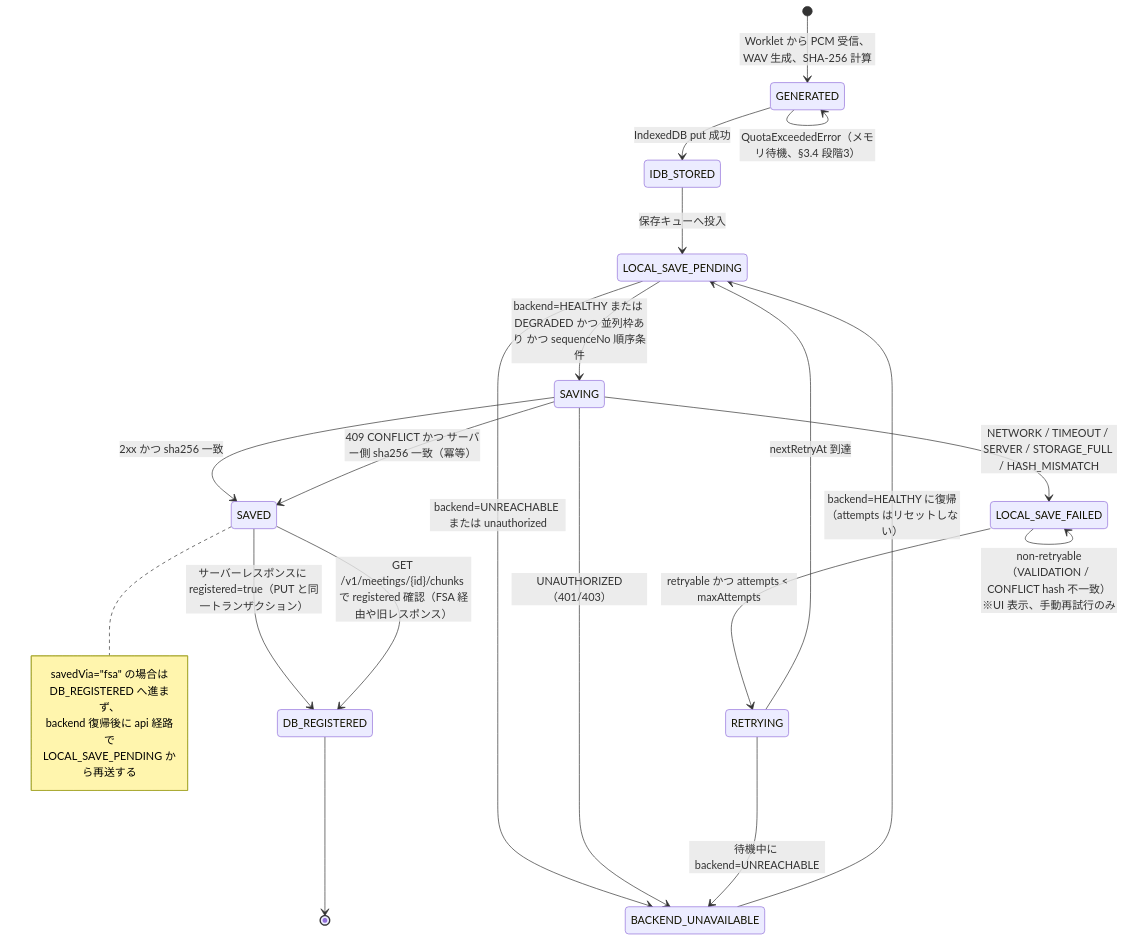
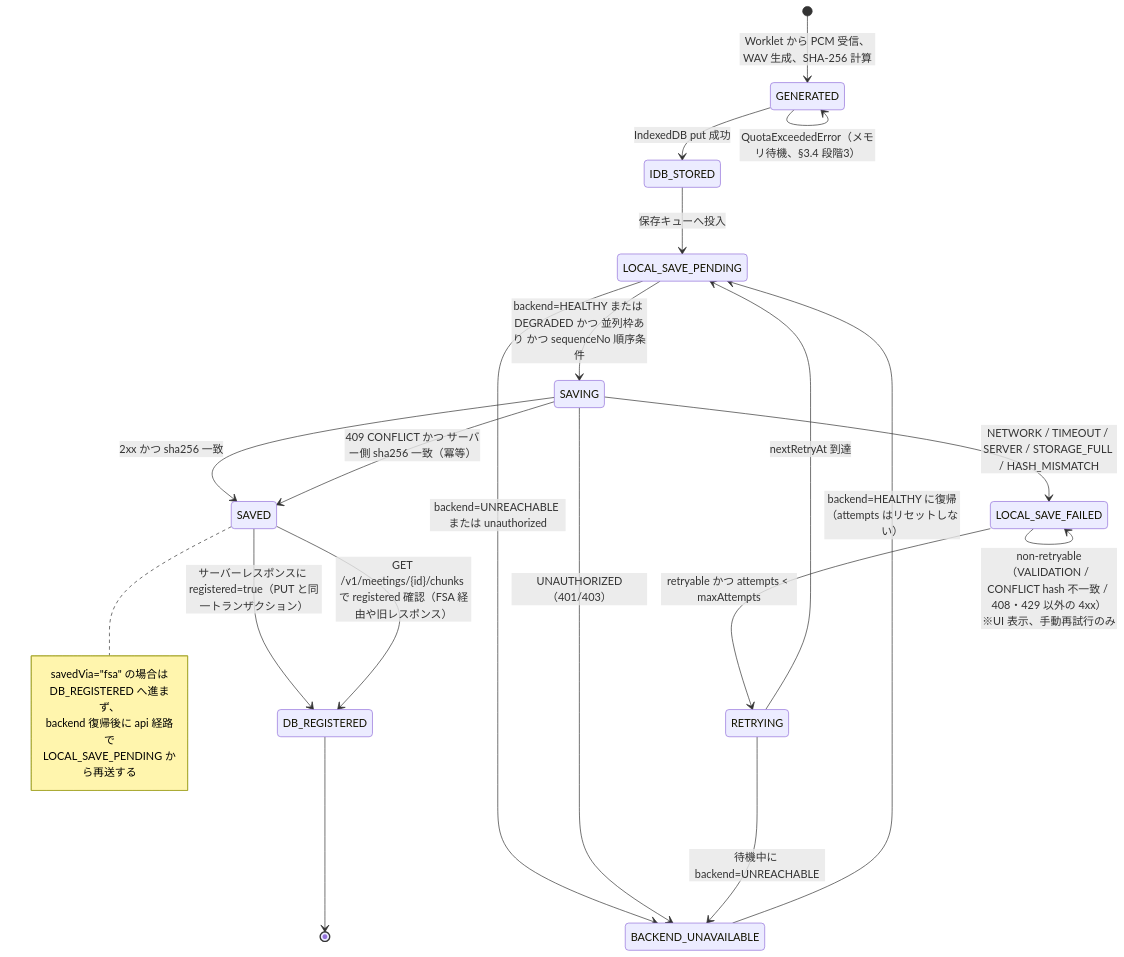
One commit to myoshi2891/Meeting-Minutes-App changed the third of 6 diagrams in design-local-phase1.md. Above: the diagram before and after it, drawn with Mermaid. The commit also changed other lines of this file, not shown here.

First line of the commit message:
docs(phase1): reflect review fixes in save pipeline design

````diff
--- a/design-local-phase1.md
+++ b/design-local-phase1.md
@@ -664,27 +664,27 @@
 ```mermaid
 stateDiagram-v2
     [*] --> GENERATED : Worklet から PCM 受信、WAV 生成、SHA-256 計算
     GENERATED --> IDB_STORED : IndexedDB put 成功
     GENERATED --> GENERATED : QuotaExceededError（メモリ待機、§3.4 段階3）
     IDB_STORED --> LOCAL_SAVE_PENDING : 保存キューへ投入
     LOCAL_SAVE_PENDING --> SAVING : backend=HEALTHY または DEGRADED かつ 並列枠あり かつ sequenceNo 順序条件
     LOCAL_SAVE_PENDING --> BACKEND_UNAVAILABLE : backend=UNREACHABLE または unauthorized
     SAVING --> SAVED : 2xx かつ sha256 一致
     SAVING --> LOCAL_SAVE_FAILED : NETWORK / TIMEOUT / SERVER / STORAGE_FULL / HASH_MISMATCH
     SAVING --> BACKEND_UNAVAILABLE : UNAUTHORIZED（401/403）
     SAVING --> SAVED : 409 CONFLICT かつ サーバー側 sha256 一致（冪等）
     LOCAL_SAVE_FAILED --> RETRYING : retryable かつ attempts < maxAttempts
-    LOCAL_SAVE_FAILED --> LOCAL_SAVE_FAILED : non-retryable（VALIDATION / CONFLICT hash 不一致）※UI 表示、手動再試行のみ
+    LOCAL_SAVE_FAILED --> LOCAL_SAVE_FAILED : non-retryable（VALIDATION / CONFLICT hash 不一致 / 408・429 以外の 4xx）※UI 表示、手動再試行のみ
     RETRYING --> LOCAL_SAVE_PENDING : nextRetryAt 到達
     RETRYING --> BACKEND_UNAVAILABLE : 待機中に backend=UNREACHABLE
     BACKEND_UNAVAILABLE --> LOCAL_SAVE_PENDING : backend=HEALTHY に復帰（attempts はリセットしない）
     SAVED --> DB_REGISTERED : サーバーレスポンスに registered=true（PUT と同一トランザクション）
     SAVED --> DB_REGISTERED : GET /v1/meetings/{id}/chunks で registered 確認（FSA 経由や旧レスポンス）
     DB_REGISTERED --> [*]
     note right of SAVED
         savedVia="fsa" の場合は
         DB_REGISTERED へ進まず、
         backend 復帰後に api 経路で
         LOCAL_SAVE_PENDING から再送する
     end note
 ```
````
